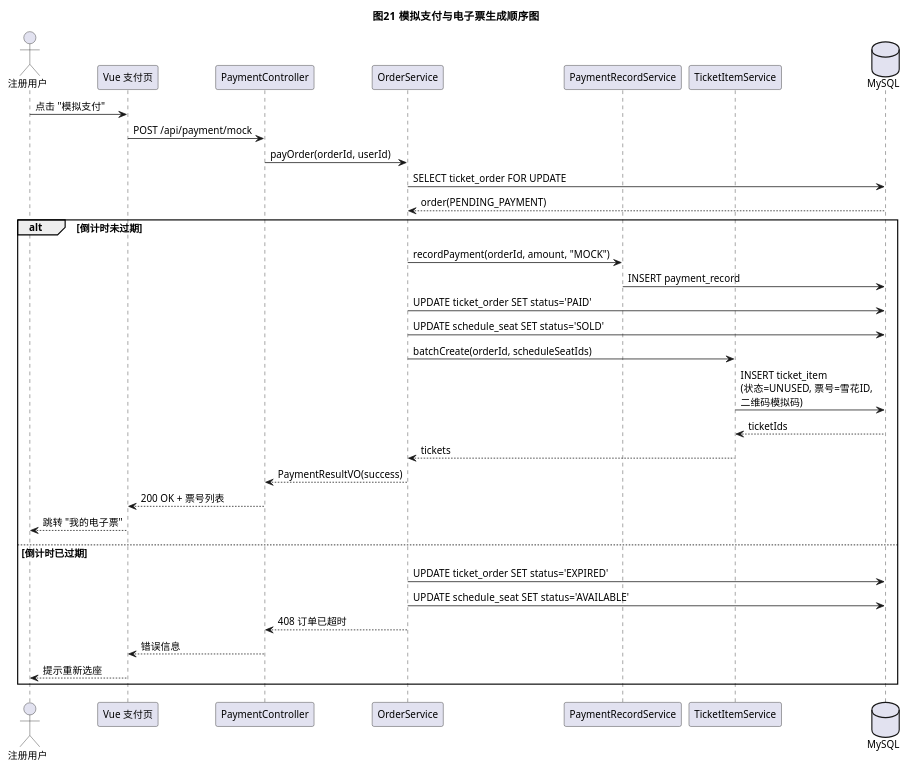
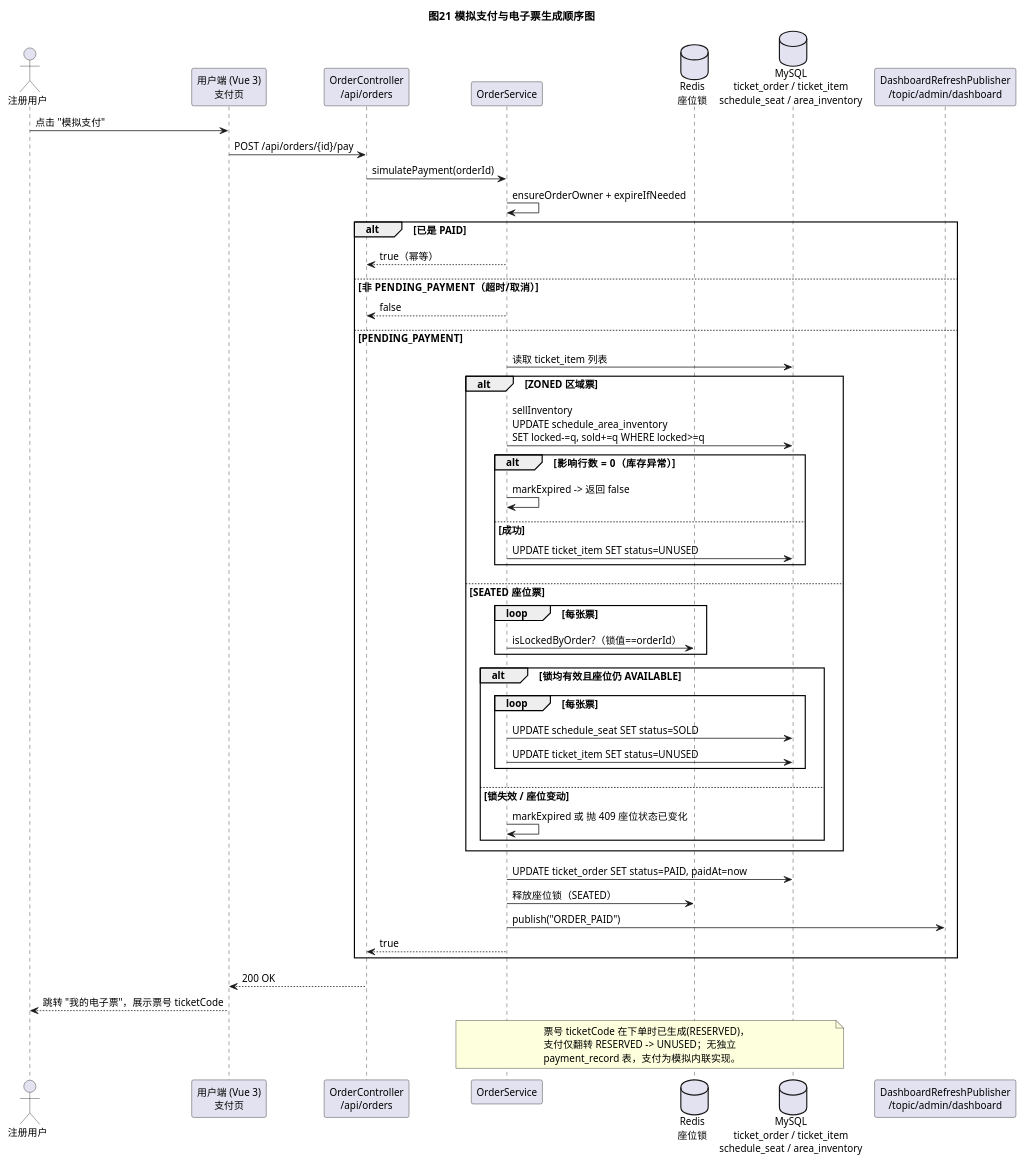
One commit to L0ne1y4Ever/ENCORE changed the diagram in uml-source/figure-17.puml. Above: the diagram before and after it, drawn with PlantUML. The commit also changed 89 other files, not shown here.

```diff
--- a/uml-source/figure-17.puml
+++ b/uml-source/figure-17.puml
@@ -1,40 +1,59 @@
 @startuml
 !pragma teoz true
 skinparam shadowing false
 skinparam DefaultFontName "Microsoft YaHei"
 skinparam DefaultFontSize 13
 title 图21  模拟支付与电子票生成顺序图
 
 actor "注册用户" as User
-participant "Vue 支付页" as FE
-participant "PaymentController" as Ctrl
+participant "用户端 (Vue 3)\n支付页" as FE
+participant "OrderController\n/api/orders" as Ctrl
 participant "OrderService" as OS
-participant "PaymentRecordService" as PRS
-participant "TicketItemService" as TS
-database "MySQL" as DB
+database "Redis\n座位锁" as Redis
+database "MySQL\nticket_order / ticket_item\nschedule_seat / area_inventory" as DB
+participant "DashboardRefreshPublisher\n/topic/admin/dashboard" as WS
 
 User -> FE : 点击 "模拟支付"
-FE -> Ctrl : POST /api/payment/mock
-Ctrl -> OS : payOrder(orderId, userId)
-OS -> DB : SELECT ticket_order FOR UPDATE
-DB --> OS : order(PENDING_PAYMENT)
-alt 倒计时未过期
-  OS -> PRS : recordPayment(orderId, amount, "MOCK")
-  PRS -> DB : INSERT payment_record
-  OS -> DB : UPDATE ticket_order SET status='PAID'
-  OS -> DB : UPDATE schedule_seat SET status='SOLD'
-  OS -> TS : batchCreate(orderId, scheduleSeatIds)
-  TS -> DB : INSERT ticket_item\n(状态=UNUSED, 票号=雪花ID,\n二维码模拟码)
-  DB --> TS : ticketIds
-  TS --> OS : tickets
-  OS --> Ctrl : PaymentResultVO(success)
-  Ctrl --> FE : 200 OK + 票号列表
-  FE --> User : 跳转 "我的电子票"
-else 倒计时已过期
-  OS -> DB : UPDATE ticket_order SET status='EXPIRED'
-  OS -> DB : UPDATE schedule_seat SET status='AVAILABLE'
-  OS --> Ctrl : 408 订单已超时
-  Ctrl --> FE : 错误信息
-  FE --> User : 提示重新选座
+FE -> Ctrl : POST /api/orders/{id}/pay
+Ctrl -> OS : simulatePayment(orderId)
+OS -> OS : ensureOrderOwner + expireIfNeeded
+alt 已是 PAID
+  OS --> Ctrl : true（幂等）
+else 非 PENDING_PAYMENT（超时/取消）
+  OS --> Ctrl : false
+else PENDING_PAYMENT
+  OS -> DB : 读取 ticket_item 列表
+  alt ZONED 区域票
+    OS -> DB : sellInventory\nUPDATE schedule_area_inventory\nSET locked-=q, sold+=q WHERE locked>=q
+    alt 影响行数 = 0（库存异常）
+      OS -> OS : markExpired -> 返回 false
+    else 成功
+      OS -> DB : UPDATE ticket_item SET status=UNUSED
+    end
+  else SEATED 座位票
+    loop 每张票
+      OS -> Redis : isLockedByOrder?（锁值==orderId）
+    end
+    alt 锁均有效且座位仍 AVAILABLE
+      loop 每张票
+        OS -> DB : UPDATE schedule_seat SET status=SOLD
+        OS -> DB : UPDATE ticket_item SET status=UNUSED
+      end
+    else 锁失效 / 座位变动
+      OS -> OS : markExpired 或 抛 409 座位状态已变化
+    end
+  end
+  OS -> DB : UPDATE ticket_order SET status=PAID, paidAt=now
+  OS -> Redis : 释放座位锁（SEATED）
+  OS -> WS : publish("ORDER_PAID")
+  OS --> Ctrl : true
 end
+Ctrl --> FE : 200 OK
+FE --> User : 跳转 "我的电子票"，展示票号 ticketCode
+
+note over OS, DB
+  票号 ticketCode 在下单时已生成(RESERVED)，
+  支付仅翻转 RESERVED -> UNUSED；无独立
+  payment_record 表，支付为模拟内联实现。
+end note
 @enduml
```
